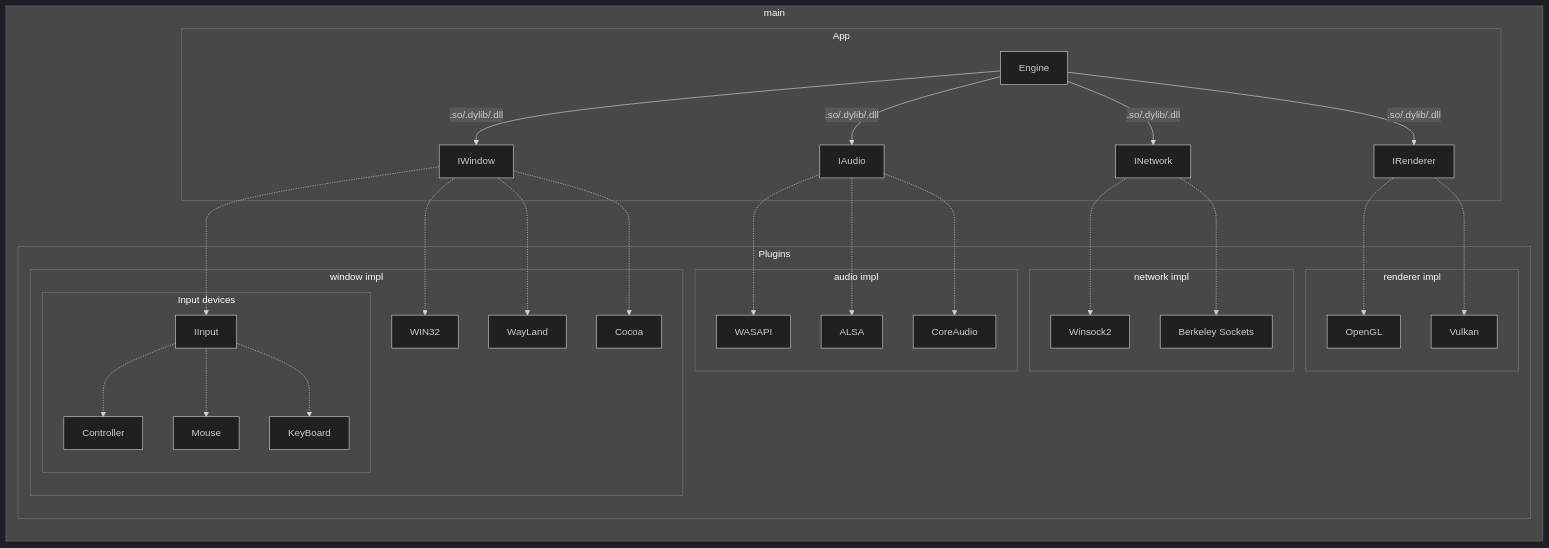
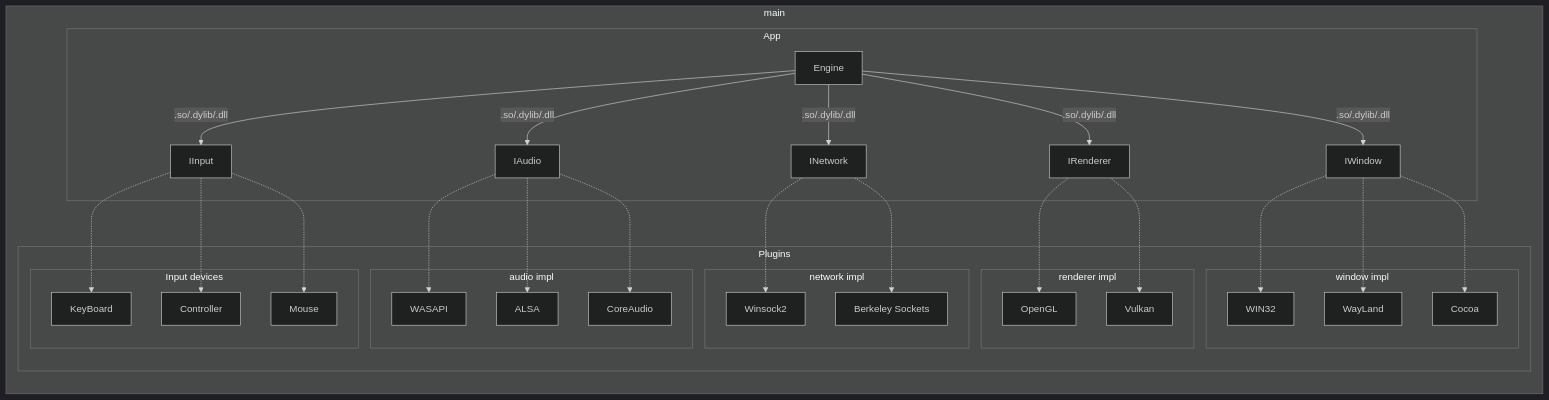
One commit to bobis33/Cross-API-Engine changed the diagram in README.md. Above: the diagram before and after it, drawn with Mermaid (dark theme). The commit also changed 28 other files, not shown here.

````diff
--- a/README.md
+++ b/README.md
@@ -11,54 +11,54 @@
 ```mermaid
 flowchart LR
 subgraph main
     subgraph App
         A[Engine]
         A -->|.so/.dylib/.dll| B[IAudio]
         A -->|.so/.dylib/.dll| C[INetwork]
         A -->|.so/.dylib/.dll| D[IRenderer]
         A -->|.so/.dylib/.dll| E[IWindow]
+        A -->|.so/.dylib/.dll| P[IInput]
     end
 
     subgraph Plugins
         subgraph audio impl
             F[WASAPI]
             K[ALSA]
             L[CoreAudio]
         end
         subgraph network impl
             G[Winsock2]
             O[Berkeley Sockets]
         end
         subgraph renderer impl
             H[OpenGL]
             I[Vulkan]
         end
         subgraph window impl
             J[WIN32]
             M[WayLand]
             N[Cocoa]
-            subgraph Input devices
-                P[IInput]
-                Q[KeyBoard]
-                R[Mouse]
-                S[Controller]
-            end
+        end
+        subgraph Input devices
+            P[IInput]
+            Q[KeyBoard]
+            R[Mouse]
+            S[Controller]
         end
     end
 
     B -.-> F
     B -.-> K
     B -.-> L
     C -.-> G
     C -.-> O
     D -.-> H
     D -.-> I
-    E -.-> P
     E -.-> J
     E -.-> M
     E -.-> N
     P -.-> S
     P -.-> R
     P -.-> Q
 end
 ```
````
